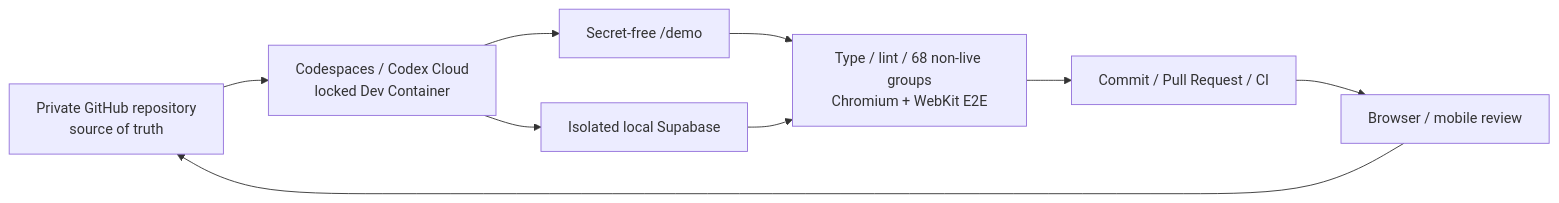
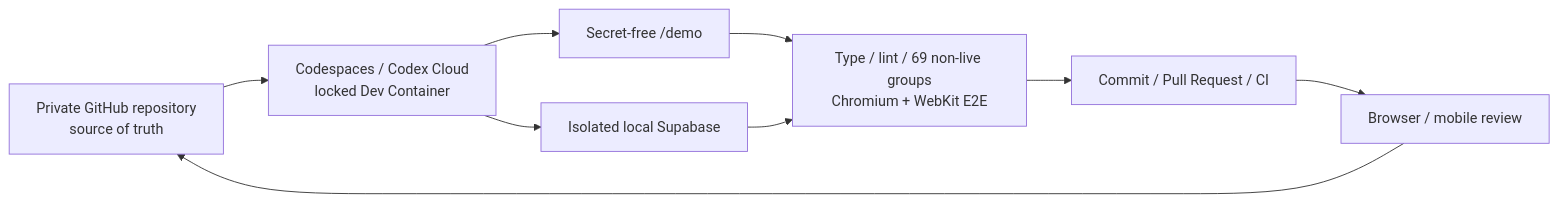
The first of 2 diagrams in README.md (genellect/compass-interactive), drawn with Mermaid before and after one commit. The commit also changed other lines of this file and 30 other files, not shown here.

````diff
--- a/README.md
+++ b/README.md
@@ -109,11 +109,11 @@
 ```mermaid
 flowchart LR
     GitHub["Private GitHub repository\nsource of truth"] --> Workspace["Codespaces / Codex Cloud\nlocked Dev Container"]
     Workspace --> Demo["Secret-free /demo"]
     Workspace --> Local["Isolated local Supabase"]
-    Demo --> Gate["Type / lint / 68 non-live groups\nChromium + WebKit E2E"]
+    Demo --> Gate["Type / lint / 69 non-live groups\nChromium + WebKit E2E"]
     Local --> Gate
     Gate --> PR["Commit / Pull Request / CI"]
     PR --> Review["Browser / mobile review"]
     Review --> GitHub
 ```
````
